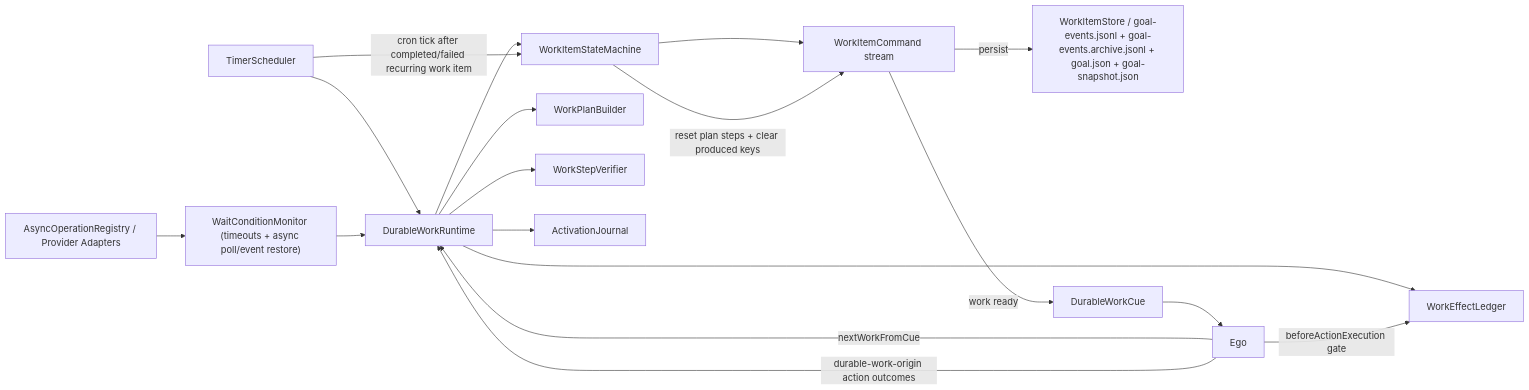
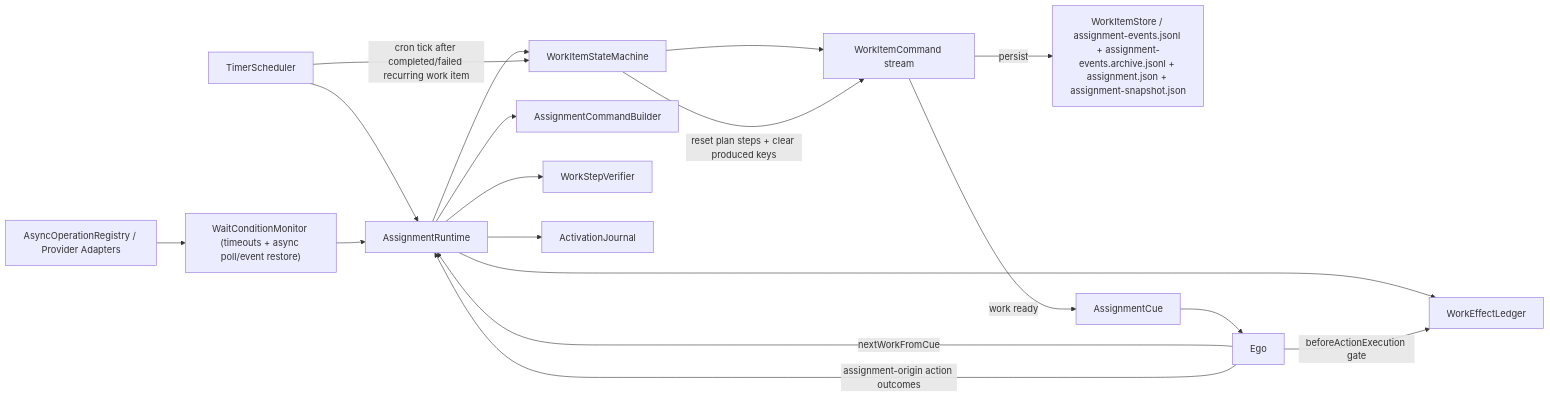
The sixth of 9 diagrams in AGENT_LOGIC_DIAGRAM.md (neopsyke/NeoPsyke), drawn with Mermaid before and after one commit. The commit also changed other lines of this file and 231 other files, not shown here.

Commit message:
refactor(planner)!: rename durable work and goal surfaces to assignment

````diff
--- a/AGENT_LOGIC_DIAGRAM.md
+++ b/AGENT_LOGIC_DIAGRAM.md
@@ -431,20 +431,20 @@
 ```mermaid
 flowchart LR
-    TS["TimerScheduler"] --> PM["DurableWorkRuntime"]
+    TS["TimerScheduler"] --> PM["AssignmentRuntime"]
     WM["WaitConditionMonitor (timeouts + async poll/event restore)"] --> PM
     AOR["AsyncOperationRegistry / Provider Adapters"] --> WM
     PM --> PSM["WorkItemStateMachine"]
-    PM --> PP["WorkPlanBuilder"]
+    PM --> PP["AssignmentCommandBuilder"]
     PM --> PV["WorkStepVerifier"]
     PM --> AJ["ActivationJournal"]
     PM --> EL["WorkEffectLedger"]
     PSM --> PCS["WorkItemCommand stream"]
-    PCS -->|persist| Store["WorkItemStore / goal-events.jsonl + goal-events.archive.jsonl + goal.json + goal-snapshot.json"]
-    PCS -->|work ready| Sig["DurableWorkCue"]
+    PCS -->|persist| Store["WorkItemStore / assignment-events.jsonl + assignment-events.archive.jsonl + assignment.json + assignment-snapshot.json"]
+    PCS -->|work ready| Sig["AssignmentCue"]
     TS -->|"cron tick after completed/failed recurring work item"| PSM
     PSM -->|"reset plan steps + clear produced keys"| PCS
     Sig --> Ego["Ego"]
     Ego -->|nextWorkFromCue| PM
-    Ego -->|durable-work-origin action outcomes| PM
+    Ego -->|assignment-origin action outcomes| PM
     Ego -->|beforeActionExecution gate| EL
 ```
````
